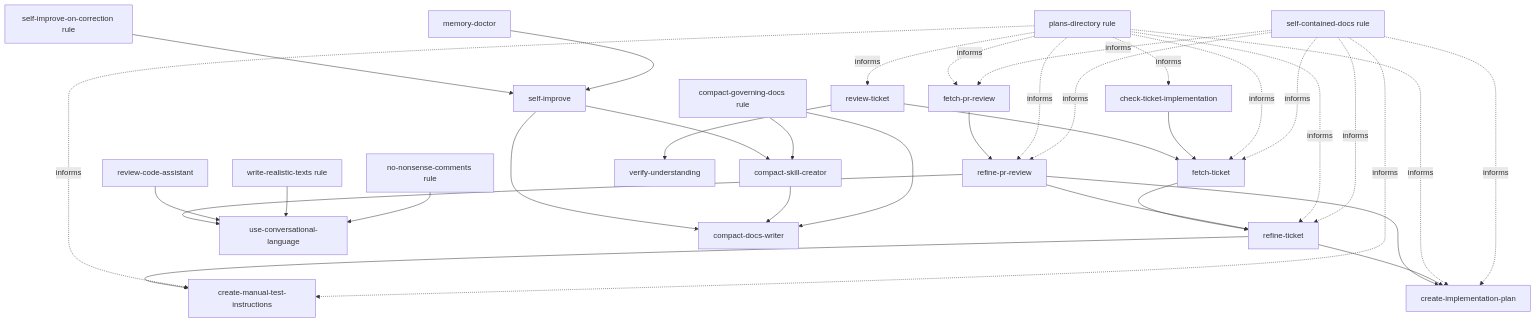
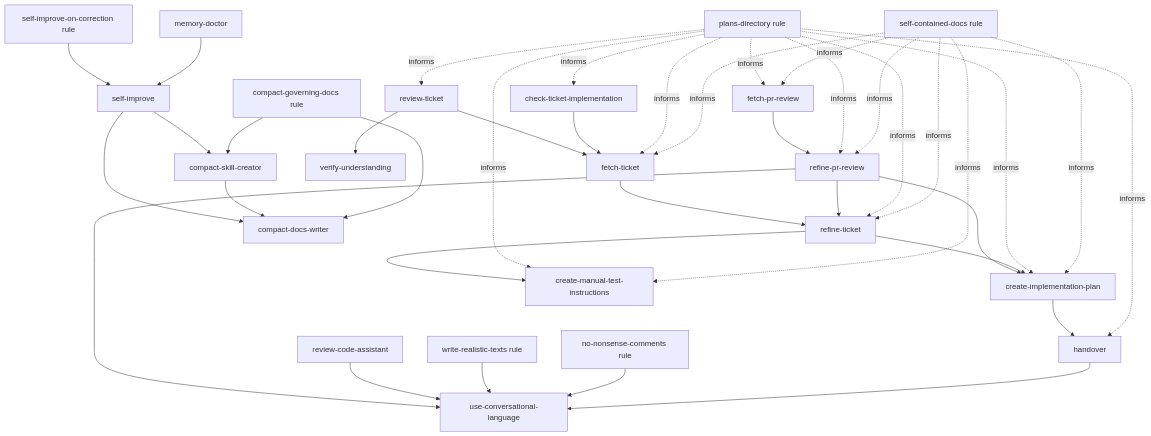
The diagram in README.md (FrancescoBorzi/agent-toolkit), drawn with Mermaid before and after one commit. The commit also changed other lines of this file and 3 other files, not shown here.

````diff
--- a/README.md
+++ b/README.md
@@ -162,40 +165,43 @@
 ```mermaid
 flowchart TD
   fetch_ticket["fetch-ticket"] --> refine["refine-ticket"]
   fetch_pr["fetch-pr-review"] --> refine_pr["refine-pr-review"]
   refine_pr --> refine
   refine_pr --> plan
   refine_pr --> express["use-conversational-language"]
   review_code["review-code-assistant"] --> express
   realistic_rule["write-realistic-texts rule"] --> express
   nonsense_rule["no-nonsense-comments rule"] --> express
   review_ticket["review-ticket"] --> fetch_ticket
   review_ticket --> verify_understanding["verify-understanding"]
   check_impl["check-ticket-implementation"] --> fetch_ticket
   refine --> manual["create-manual-test-instructions"]
   refine --> plan["create-implementation-plan"]
+  plan --> handover["handover"]
+  handover --> express
 
   self_rule["self-improve-on-correction rule"] --> self["self-improve"]
   self --> compact["compact-skill-creator"]
   self --> compact_docs["compact-docs-writer"]
   compact --> compact_docs
   memory_doctor["memory-doctor"] --> self
   compact_gov["compact-governing-docs rule"] --> compact
   compact_gov --> compact_docs
 
   plans_rule["plans-directory rule"] -. informs .-> fetch_ticket
   plans_rule -. informs .-> fetch_pr
   plans_rule -. informs .-> refine_pr
   plans_rule -. informs .-> refine
   plans_rule -. informs .-> manual
   plans_rule -. informs .-> plan
   plans_rule -. informs .-> review_ticket
   plans_rule -. informs .-> check_impl
+  plans_rule -. informs .-> handover
 
   docs_rule["self-contained-docs rule"] -. informs .-> fetch_ticket
   docs_rule -. informs .-> fetch_pr
   docs_rule -. informs .-> refine_pr
   docs_rule -. informs .-> refine
   docs_rule -. informs .-> manual
   docs_rule -. informs .-> plan
 ```
````
